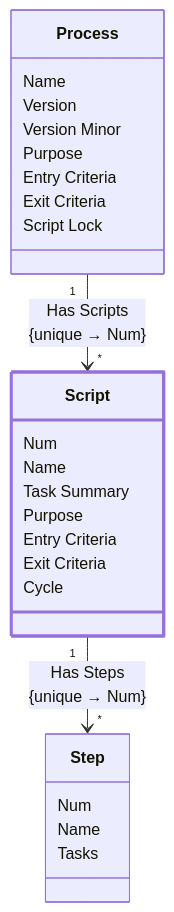
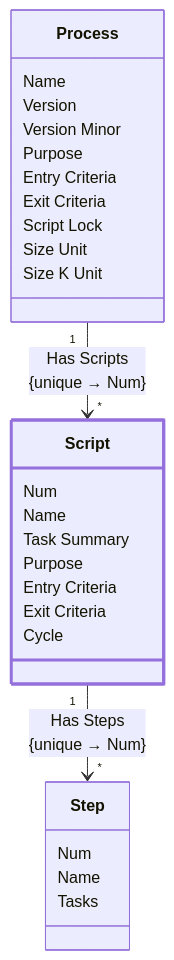
The diagram in examples/requirements/req/output/development-process/class-domain.process.subdomain.definition.class.script.md (glemzurg/glemzurg), drawn with Mermaid before and after one commit. The commit also changed 79 other files, not shown here.

````diff
--- a/examples/requirements/req/output/development-process/class-domain.process.subdomain.definition.class.script.md
+++ b/examples/requirements/req/output/development-process/class-domain.process.subdomain.definition.class.script.md
@@ -33,35 +33,37 @@
 ```mermaid
 ---
 config:
   class:
     hideEmptyMembersBox: true
 ---
 classDiagram
 class class_domain_process_subdomain_definition_class_process["Process"] {
         Name
         Version
         Version Minor
         Purpose
         Entry Criteria
         Exit Criteria
         Script Lock
+        Size Unit
+        Size K Unit
     }
 class class_domain_process_subdomain_definition_class_script["Script"] {
         Num
         Name
         Task Summary
         Purpose
         Entry Criteria
         Exit Criteria
         Cycle
     }
 class class_domain_process_subdomain_definition_class_step["Step"] {
         Num
         Name
         Tasks
     }
 style class_domain_process_subdomain_definition_class_script stroke:#9370DB,stroke-width:3px
 class_domain_process_subdomain_definition_class_process "1" --> "*" class_domain_process_subdomain_definition_class_script : Has Scripts<br/>{unique → Num}
 class_domain_process_subdomain_definition_class_script "1" --> "*" class_domain_process_subdomain_definition_class_step : Has Steps<br/>{unique → Num}
 
 ```
````
